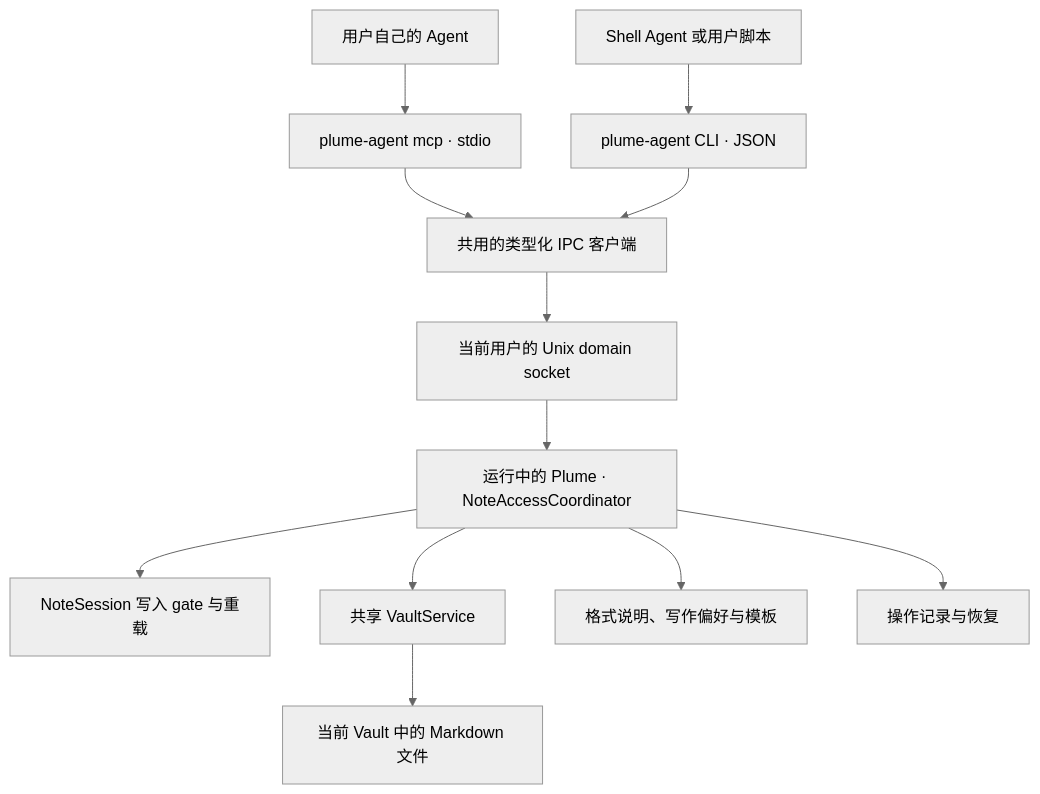
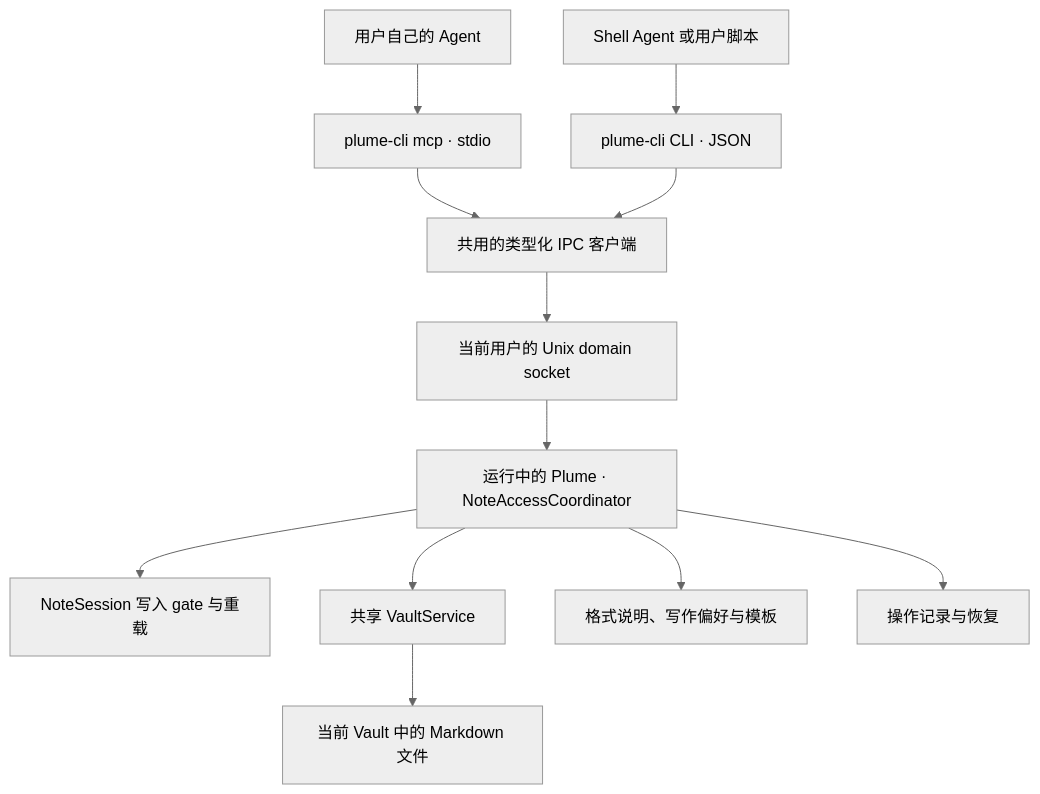
One commit to tiylabs/plume changed the diagram in Design/Notes/agent-integration-plan.md. Above: the diagram before and after it, drawn with Mermaid (neutral theme). The commit also changed other lines of this file and 26 other files, not shown here.

First line of the commit message:
refactor(agent): ♻️ Rename the helper to plume-cli

````diff
--- a/Design/Notes/agent-integration-plan.md
+++ b/Design/Notes/agent-integration-plan.md
@@ -91,14 +91,14 @@
 ```mermaid
 flowchart TD
-    Agent[用户自己的 Agent] --> MCP[plume-agent mcp · stdio]
-    Shell[Shell Agent 或用户脚本] --> CLI[plume-agent CLI · JSON]
+    Agent[用户自己的 Agent] --> MCP[plume-cli mcp · stdio]
+    Shell[Shell Agent 或用户脚本] --> CLI[plume-cli CLI · JSON]
     MCP --> Client[共用的类型化 IPC 客户端]
     CLI --> Client
     Client --> IPC[当前用户的 Unix domain socket]
     IPC --> Access[运行中的 Plume · NoteAccessCoordinator]
     Access --> Session[NoteSession 写入 gate 与重载]
     Access --> Vault[共享 VaultService]
     Vault --> Files[当前 Vault 中的 Markdown 文件]
     Access --> Writing[格式说明、写作偏好与模板]
     Access --> Operations[操作记录与恢复]
 ```
````
